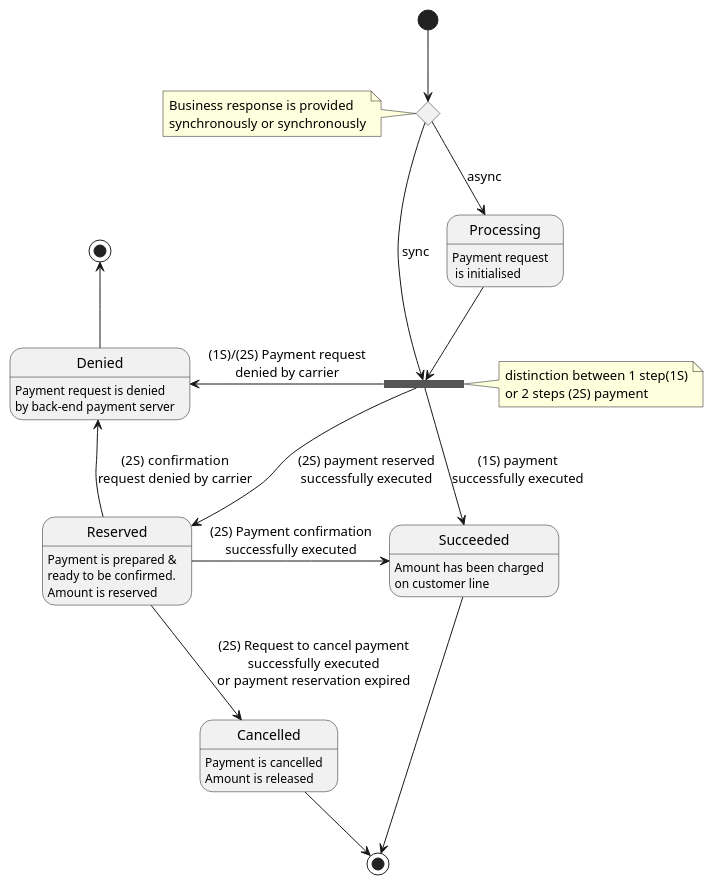
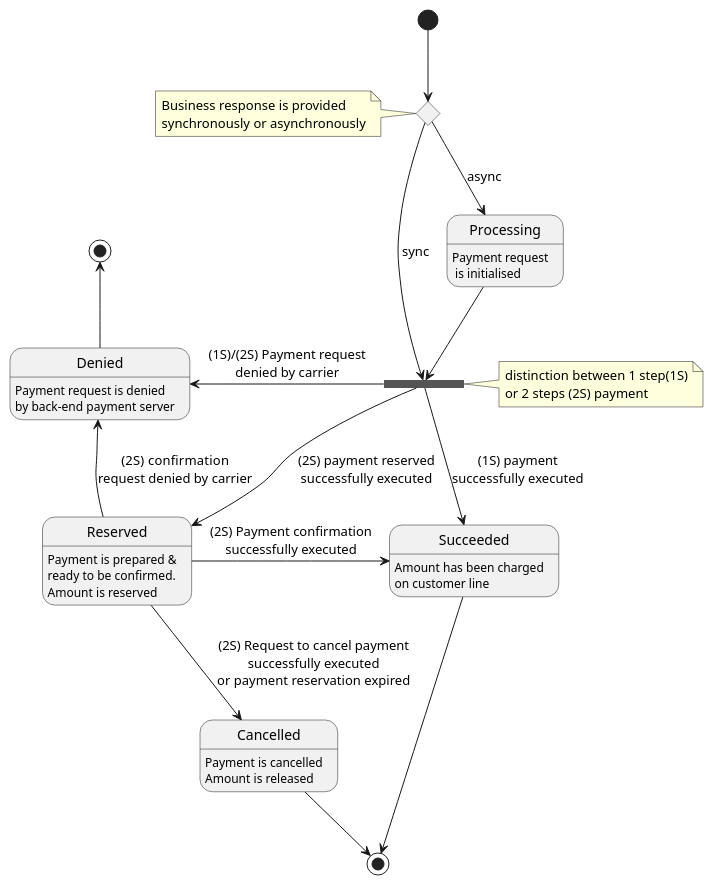
One commit to camaraproject/CarrierBillingCheckOut changed the diagram in documentation/API_documentation/Payment lifecycle source.puml. Above: the diagram before and after it, drawn with PlantUML.

Commit message:
Update documentation/API_documentation/Payment lifecycle source.puml

```diff
--- a/documentation/API_documentation/Payment lifecycle source.puml
+++ b/documentation/API_documentation/Payment lifecycle source.puml
@@ -1,44 +1,45 @@
 @startuml Payment lifecycle
 
 State fork <<fork>>
 state choice <<choice>>
 state end3    <<end>>
 
 [*] --> choice
 choice --> Processing : async
 
 
 choice --> fork : sync
 
-note left of choice: Business response is provided\nsynchronously or synchronously
+note left of choice: Business response is provided\nsynchronously or asynchronously
+
 
 Processing --> fork
 
 note right of fork: distinction between 1 step(1S)\nor 2 steps (2S) payment
 
 Processing: Payment request\n is initialised
 
 fork --> Succeeded : (1S) payment\nsuccessfully executed
 fork -left-> Denied : (1S)/(2S) Payment request\ndenied by carrier
 fork --> Reserved : (2S) payment reserved\nsuccessfully executed
 
 Succeeded --> [*]
 
 
 Reserved -down-> Cancelled : (2S) Request to cancel payment\nsuccessfully executed\nor payment reservation expired
 Reserved -> Succeeded : (2S) Payment confirmation\nsuccessfully executed
 Reserved -> Denied : (2S)  confirmation\nrequest denied by carrier
 
 Denied -up-> end3
 
 Succeeded: Amount has been charged\non customer line
 Reserved: Payment is prepared &\nready to be confirmed.\nAmount is reserved
 Cancelled: Payment is cancelled\nAmount is released
 Denied: Payment request is denied\nby back-end payment server
 
 Cancelled --> [*]
 
 fork: separation between one or stwo steps payment
 
 
 @enduml
```
